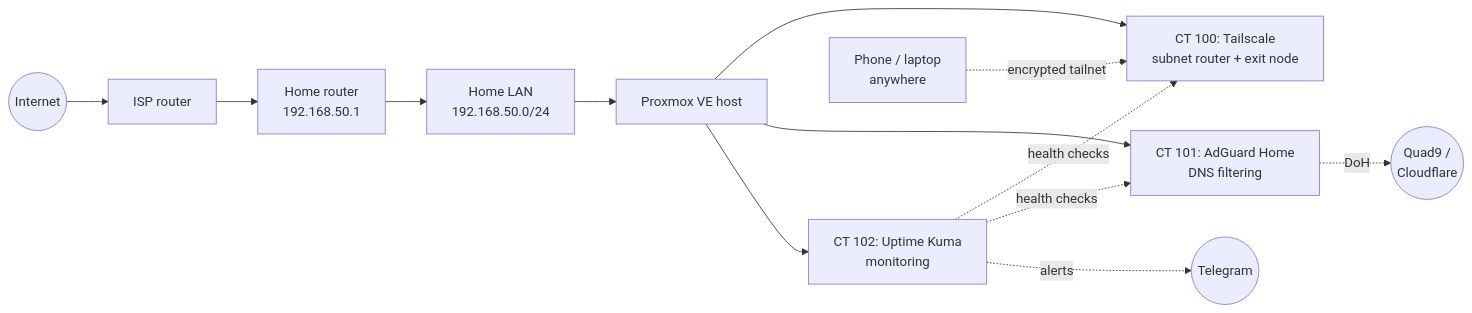
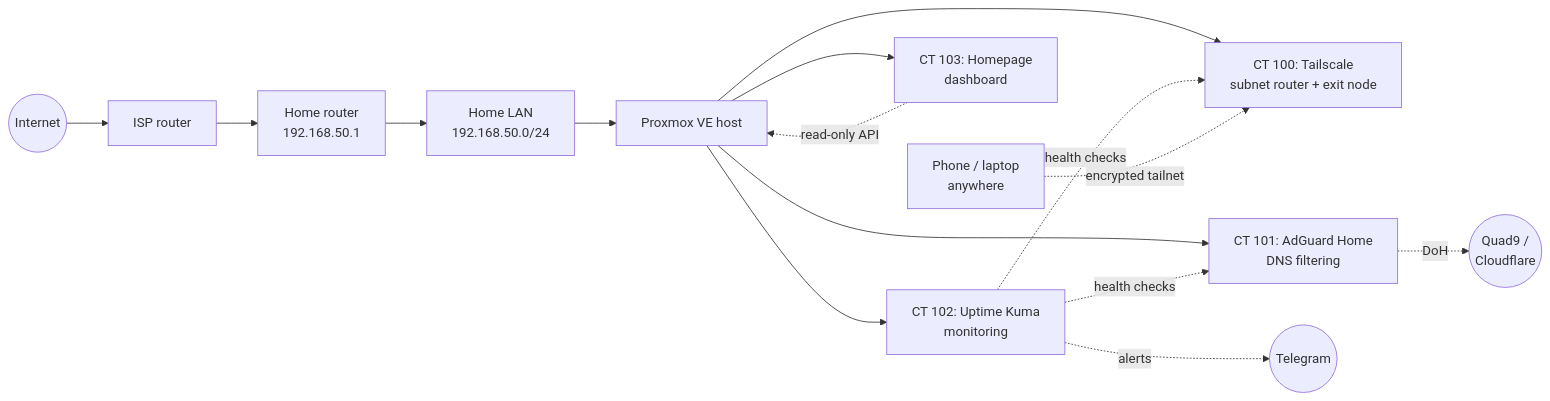
Before and after one commit to faidalani/homelab: the diagram in README.md, drawn with Mermaid. The commit also changed other lines of this file and 74 other files, not shown here.

````diff
--- a/README.md
+++ b/README.md
@@ -25,15 +26,17 @@
 ```mermaid
 flowchart LR
     Internet((Internet)) --> ISP[ISP router]
     ISP --> RTR[Home router<br/>192.168.50.1]
     RTR --> LAN[Home LAN<br/>192.168.50.0/24]
     LAN --> PVE[Proxmox VE host]
     PVE --> TS[CT 100: Tailscale<br/>subnet router + exit node]
     PVE --> AG[CT 101: AdGuard Home<br/>DNS filtering]
     AG -. DoH .-> DNS((Quad9 /<br/>Cloudflare))
     PVE --> UK[CT 102: Uptime Kuma<br/>monitoring]
     UK -. health checks .-> TS
     UK -. health checks .-> AG
     UK -. alerts .-> TG((Telegram))
+    PVE --> HP[CT 103: Homepage<br/>dashboard]
+    HP -. read-only API .-> PVE
     Remote[Phone / laptop<br/>anywhere] -. encrypted tailnet .-> TS
 ```
````
